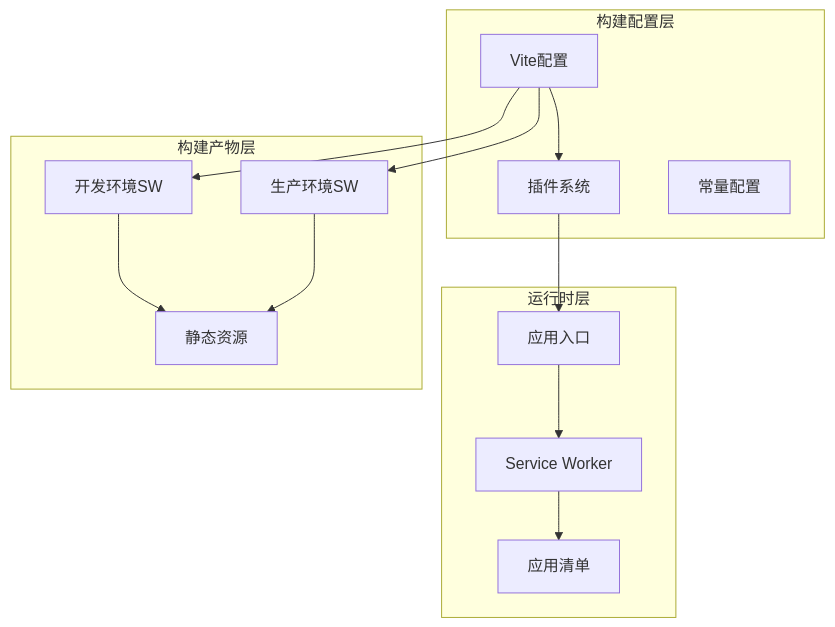
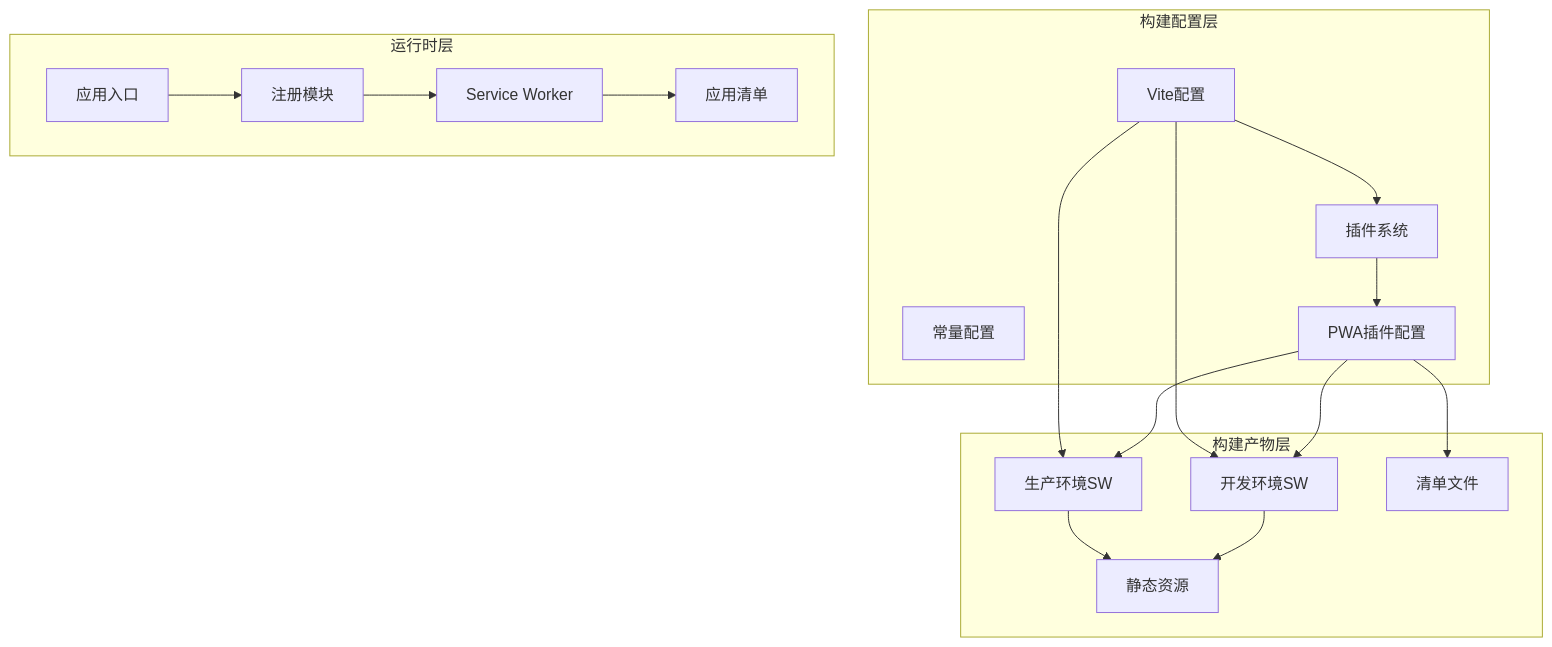
One commit to giserman001/vue3-vant4-mobile changed the first of 6 diagrams in .qoder/repowiki/zh/content/核心系统/PWA支持系统.md. Above: the diagram before and after it, drawn with Mermaid. The commit also changed other lines of this file and 10 other files, not shown here.

````diff
--- a/.qoder/repowiki/zh/content/核心系统/PWA支持系统.md
+++ b/.qoder/repowiki/zh/content/核心系统/PWA支持系统.md
@@ -44,26 +48,33 @@
 ```mermaid
 graph TB
 subgraph "构建配置层"
 Vite[Vite配置]
 Plugins[插件系统]
 Constants[常量配置]
+PWA[PWA插件配置]
 end
 subgraph "运行时层"
 Main[应用入口]
 SW[Service Worker]
 Manifest[应用清单]
+Register[注册模块]
 end
 subgraph "构建产物层"
 DevSW[开发环境SW]
 ProdSW[生产环境SW]
 Assets[静态资源]
+ManifestFile[清单文件]
 end
 Vite --> Plugins
-Plugins --> Main
-Main --> SW
+Plugins --> PWA
+PWA --> DevSW
+PWA --> ProdSW
+PWA --> ManifestFile
+Main --> Register
+Register --> SW
 SW --> Manifest
 Vite --> DevSW
 Vite --> ProdSW
 DevSW --> Assets
 ProdSW --> Assets
 ```
````
